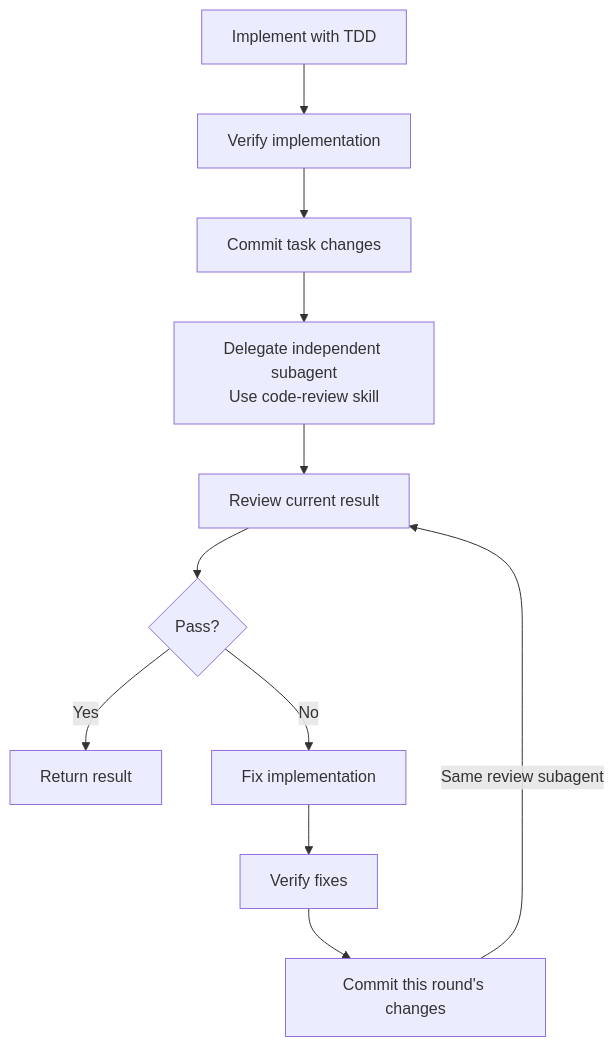
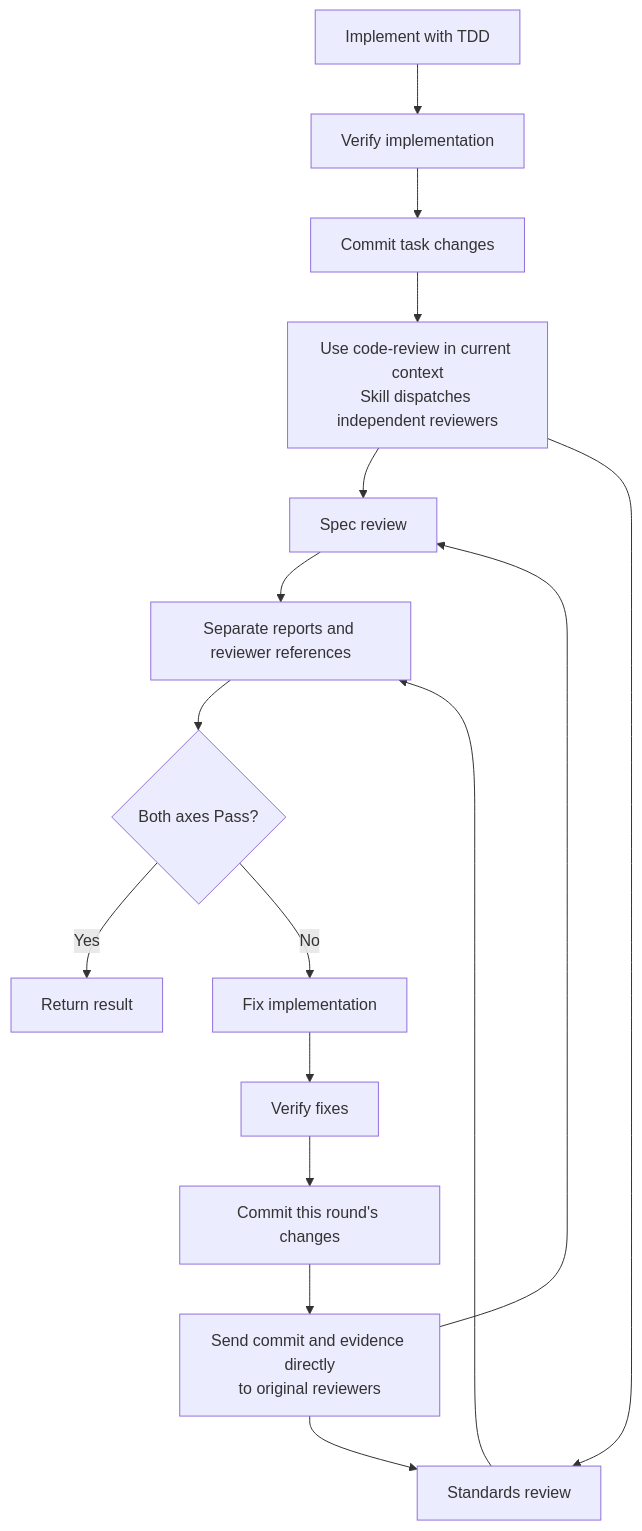
Before and after one commit to jidibinlin/clarity-skills: the diagram in implement/SKILL.md, drawn with Mermaid. The commit also changed other lines of this file and 3 other files, not shown here.

Commit message:
refactor(code-review): adopt independent Spec and Standards reviews

````diff
--- a/implement/SKILL.md
+++ b/implement/SKILL.md
@@ -8,13 +8,18 @@
 ```mermaid
 flowchart TD
     Implement["Implement with TDD"] --> Verify["Verify implementation"]
     Verify --> Commit["Commit task changes"]
-    Commit --> Delegate["Delegate independent subagent<br/>Use code-review skill"]
-    Delegate --> Review["Review current result"]
-    Review --> Pass{"Pass?"}
+    Commit --> Delegate["Use code-review in current context<br/>Skill dispatches independent reviewers"]
+    Delegate --> Spec["Spec review"]
+    Delegate --> Standards["Standards review"]
+    Spec --> Reports["Separate reports and reviewer references"]
+    Standards --> Reports
+    Reports --> Pass{"Both axes Pass?"}
     Pass -->|Yes| Return["Return result"]
     Pass -->|No| Fix["Fix implementation"]
     Fix --> Reverify["Verify fixes"]
     Reverify --> FixCommit["Commit this round's changes"]
-    FixCommit -->|"Same review subagent"| Review
+    FixCommit --> Resubmit["Send commit and evidence directly<br/>to original reviewers"]
+    Resubmit --> Spec
+    Resubmit --> Standards
 ```
````
